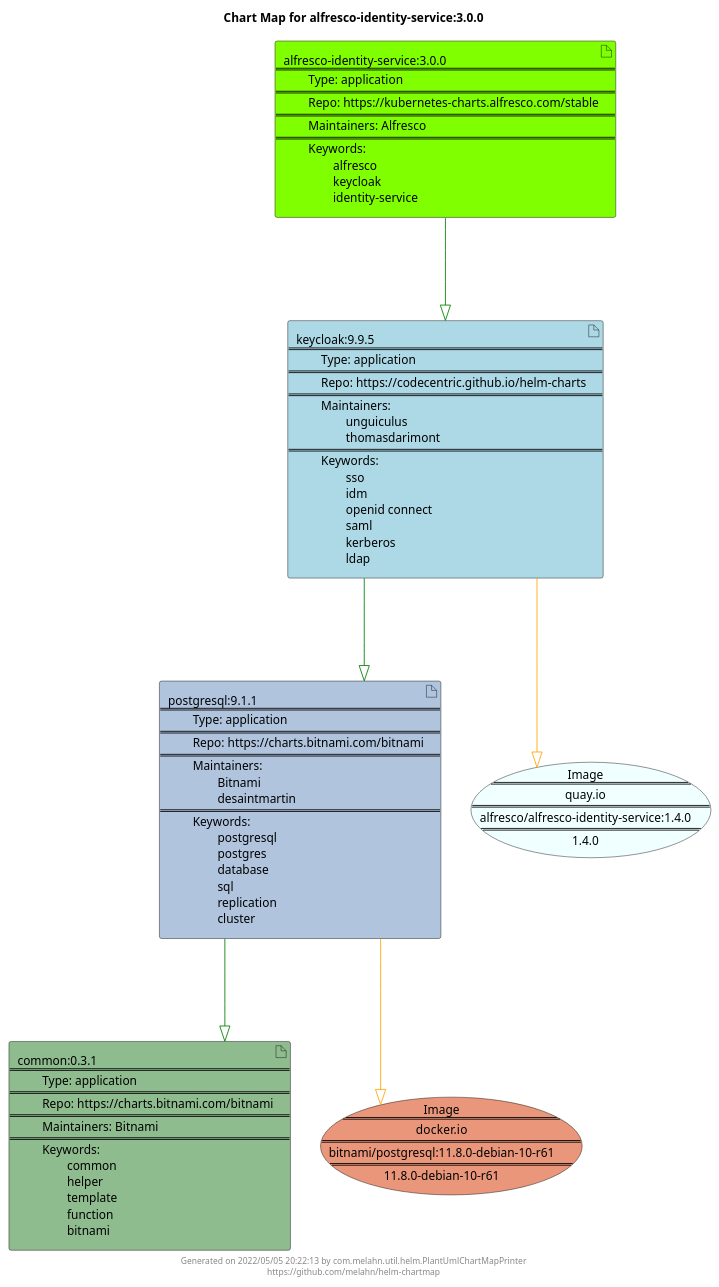
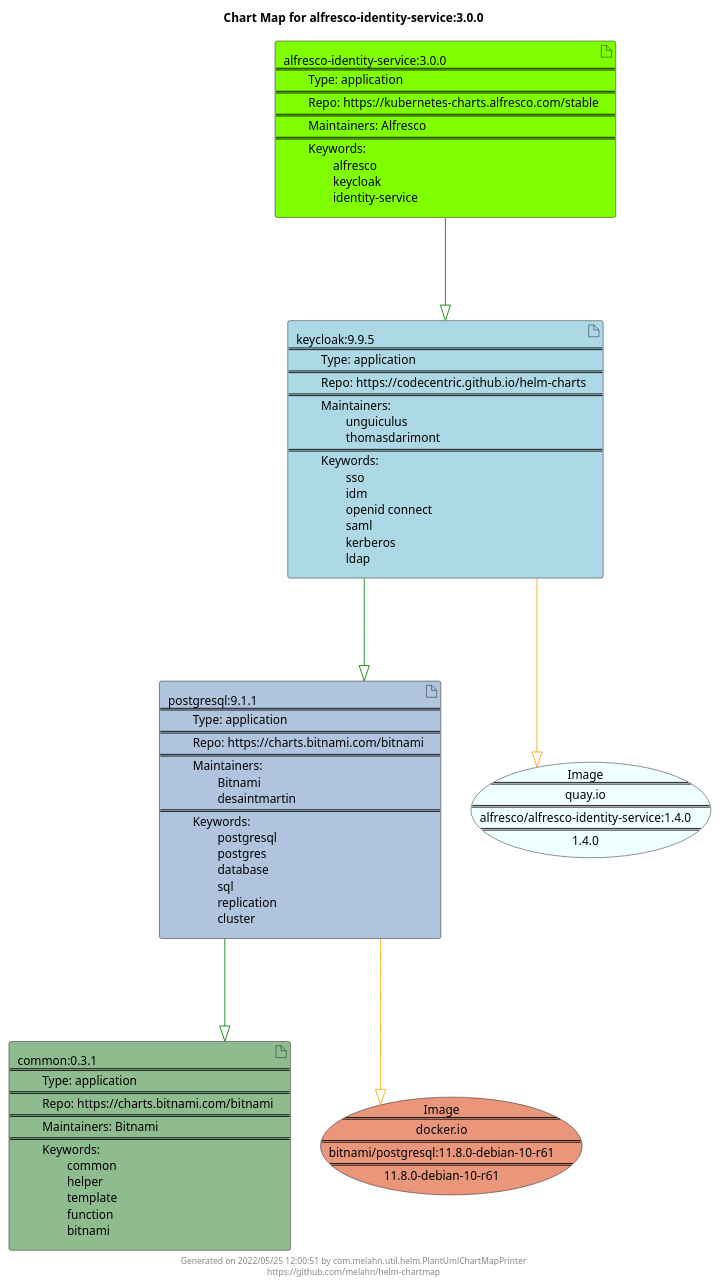
Before and after one commit to melahn/helm-chartmap: the diagram in docs/alfresco-identity-service/alfresco-identity-service-3.0.0.puml, drawn with PlantUML. The commit also changed 60 other files, not shown here.

```diff
--- a/docs/alfresco-identity-service/alfresco-identity-service-3.0.0.puml
+++ b/docs/alfresco-identity-service/alfresco-identity-service-3.0.0.puml
@@ -1,29 +1,29 @@
 @startuml
 skinparam linetype ortho
 skinparam backgroundColor white
 skinparam usecaseBorderColor black
 skinparam usecaseArrowColor LightSlateGray
 skinparam artifactBorderColor black
 skinparam artifactArrowColor LightSlateGray
 
 title Chart Map for alfresco-identity-service:3.0.0
 
 'There are 4 referenced Helm Charts
 artifact "postgresql:9.1.1\n====\n\tType: application\n====\n\tRepo: https://charts.bitnami.com/bitnami\n====\n\tMaintainers: \n\t\tBitnami\n\t\tdesaintmartin\n====\n\tKeywords: \n\t\tpostgresql\n\t\tpostgres\n\t\tdatabase\n\t\tsql\n\t\treplication\n\t\tcluster" as postgresql_9_1_1 #LightSteelBlue
 artifact "alfresco-identity-service:3.0.0\n====\n\tType: application\n====\n\tRepo: https://kubernetes-charts.alfresco.com/stable\n====\n\tMaintainers: Alfresco\n====\n\tKeywords: \n\t\talfresco\n\t\tkeycloak\n\t\tidentity-service" as alfresco_identity_service_3_0_0 #Chartreuse
 artifact "keycloak:9.9.5\n====\n\tType: application\n====\n\tRepo: https://codecentric.github.io/helm-charts\n====\n\tMaintainers: \n\t\tunguiculus\n\t\tthomasdarimont\n====\n\tKeywords: \n\t\tsso\n\t\tidm\n\t\topenid connect\n\t\tsaml\n\t\tkerberos\n\t\tldap" as keycloak_9_9_5 #LightBlue
 artifact "common:0.3.1\n====\n\tType: application\n====\n\tRepo: https://charts.bitnami.com/bitnami\n====\n\tMaintainers: Bitnami\n====\n\tKeywords: \n\t\tcommon\n\t\thelper\n\t\ttemplate\n\t\tfunction\n\t\tbitnami" as common_0_3_1 #DarkSeaGreen
 
 'There are 2 referenced Docker Images
 usecase "Image\n====\ndocker.io\n====\nbitnami/postgresql:11.8.0-debian-10-r61\n====\n11.8.0-debian-10-r61" as docker_io_bitnami_postgresql_11_8_0_debian_10_r61 #DarkSalmon
 usecase "Image\n====\nquay.io\n====\nalfresco/alfresco-identity-service:1.4.0\n====\n1.4.0" as quay_io_alfresco_alfresco_identity_service_1_4_0 #Azure
 
 'Chart Dependencies
 alfresco_identity_service_3_0_0--[#green]-|>keycloak_9_9_5
 keycloak_9_9_5--[#green]-|>postgresql_9_1_1
 postgresql_9_1_1--[#green]-|>common_0_3_1
 postgresql_9_1_1--[#orange]-|>docker_io_bitnami_postgresql_11_8_0_debian_10_r61
 keycloak_9_9_5--[#orange]-|>quay_io_alfresco_alfresco_identity_service_1_4_0
 
-center footer Generated on 2022/05/05 20:22:13 by com.melahn.util.helm.PlantUmlChartMapPrinter\nhttps://github.com/melahn/helm-chartmap
+center footer Generated on 2022/05/25 12:00:51 by com.melahn.util.helm.PlantUmlChartMapPrinter\nhttps://github.com/melahn/helm-chartmap
 @enduml
```
